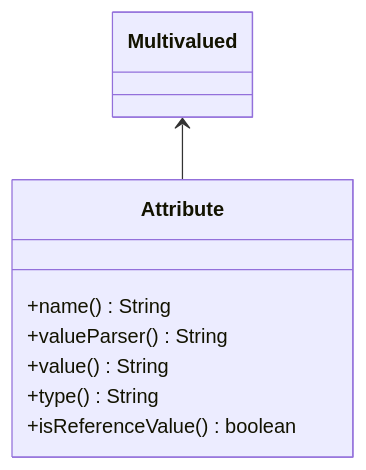
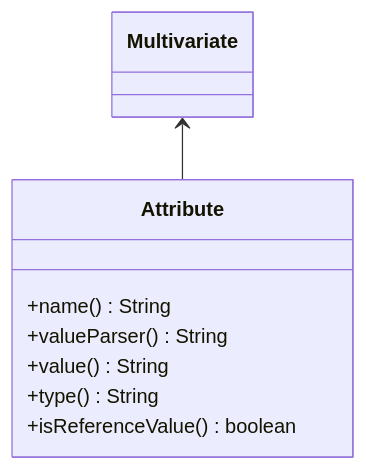
The first of 2 diagrams in design/dd/Service Framework/Inject Attribute to Prototype Service.md (Inactionware/uapi.doc), drawn with Mermaid before and after one commit. The commit also changed other lines of this file, not shown here.

Commit message:
Done design for Prototype Attribute Injection feature

````diff
--- a/design/dd/Service Framework/Inject Attribute to Prototype Service.md
+++ b/design/dd/Service Framework/Inject Attribute to Prototype Service.md
@@ -69,12 +54,12 @@
 ```mermaid
 classDiagram
 
 class Attribute {
 	+name() String
 	+valueParser() String
 	+value() String
 	+type() String
 	+isReferenceValue() boolean
 }
-Multivalued <-- Attribute
+Multivariate <-- Attribute
 ```
````
